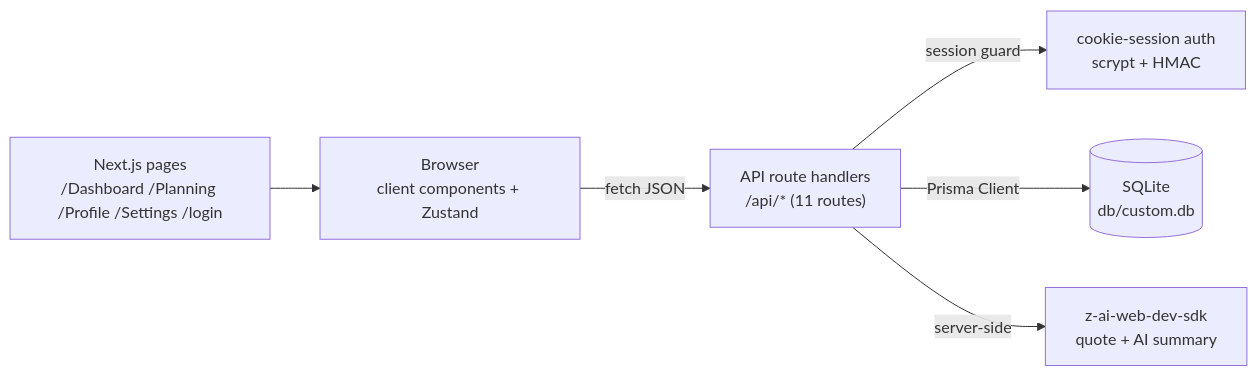
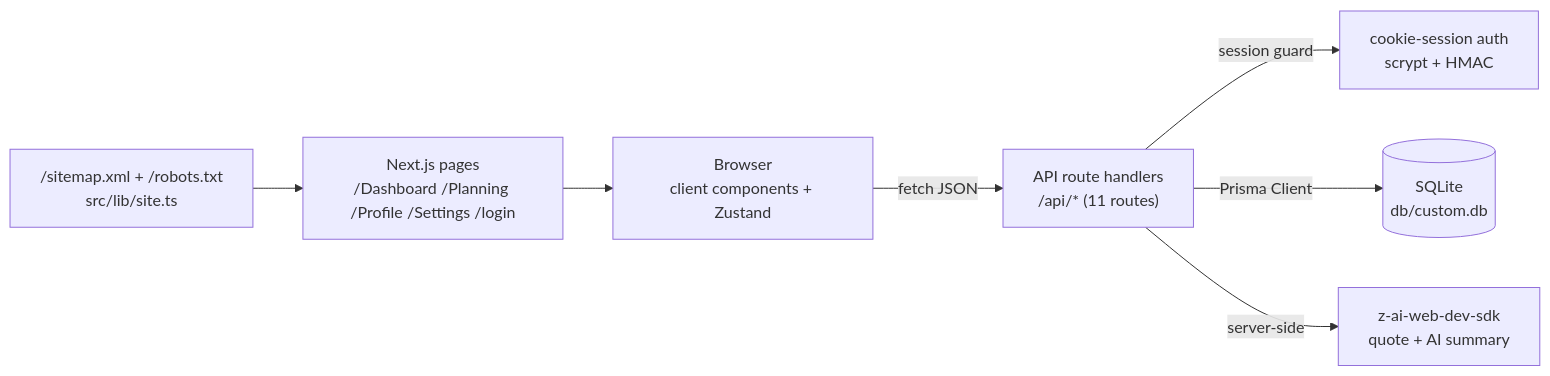
The diagram in README.md (nordeim/flow-schedule), drawn with Mermaid before and after one commit. The commit also changed other lines of this file and 27 other files, not shown here.

````diff
--- a/README.md
+++ b/README.md
@@ -79,8 +79,9 @@
 ```mermaid
 flowchart LR
     B[Browser<br/>client components + Zustand] -->|fetch JSON| A["API route handlers<br/>/api/* (11 routes)"]
     A -->|session guard| AUTH["cookie-session auth<br/>scrypt + HMAC"]
     A -->|Prisma Client| D[("SQLite<br/>db/custom.db")]
     A -->|server-side| Z[z-ai-web-dev-sdk<br/>quote + AI summary]
     P["Next.js pages<br/>/Dashboard /Planning /Profile /Settings /login"] --> B
+    S["/sitemap.xml + /robots.txt<br/>src/lib/site.ts"] --> P
 ```
````
